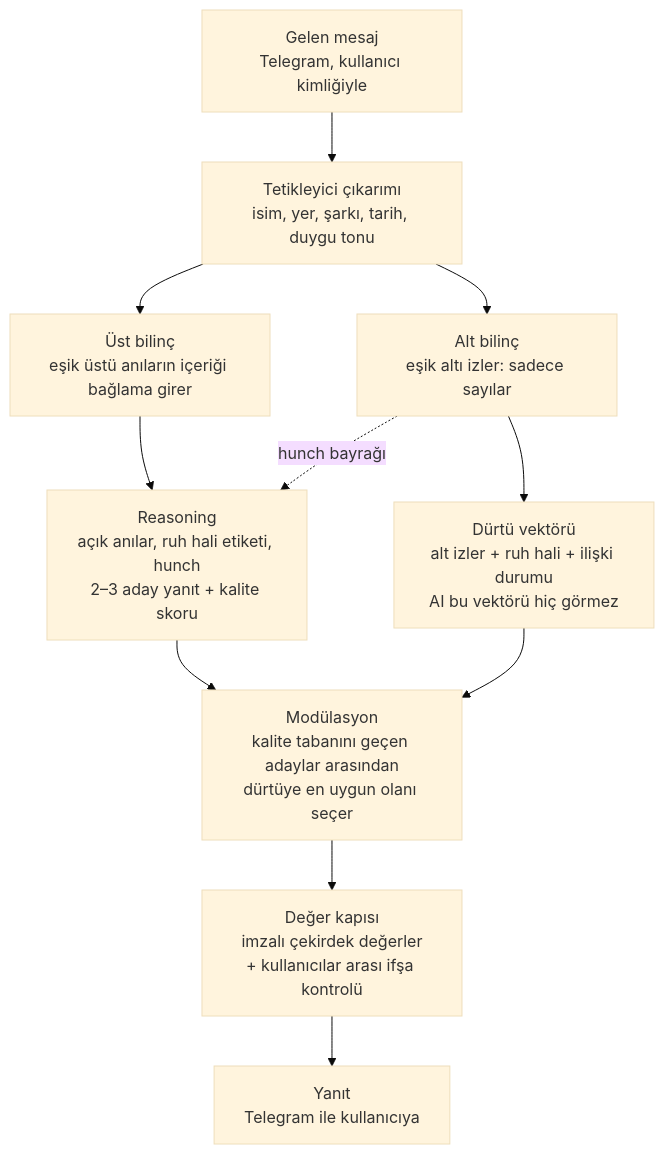
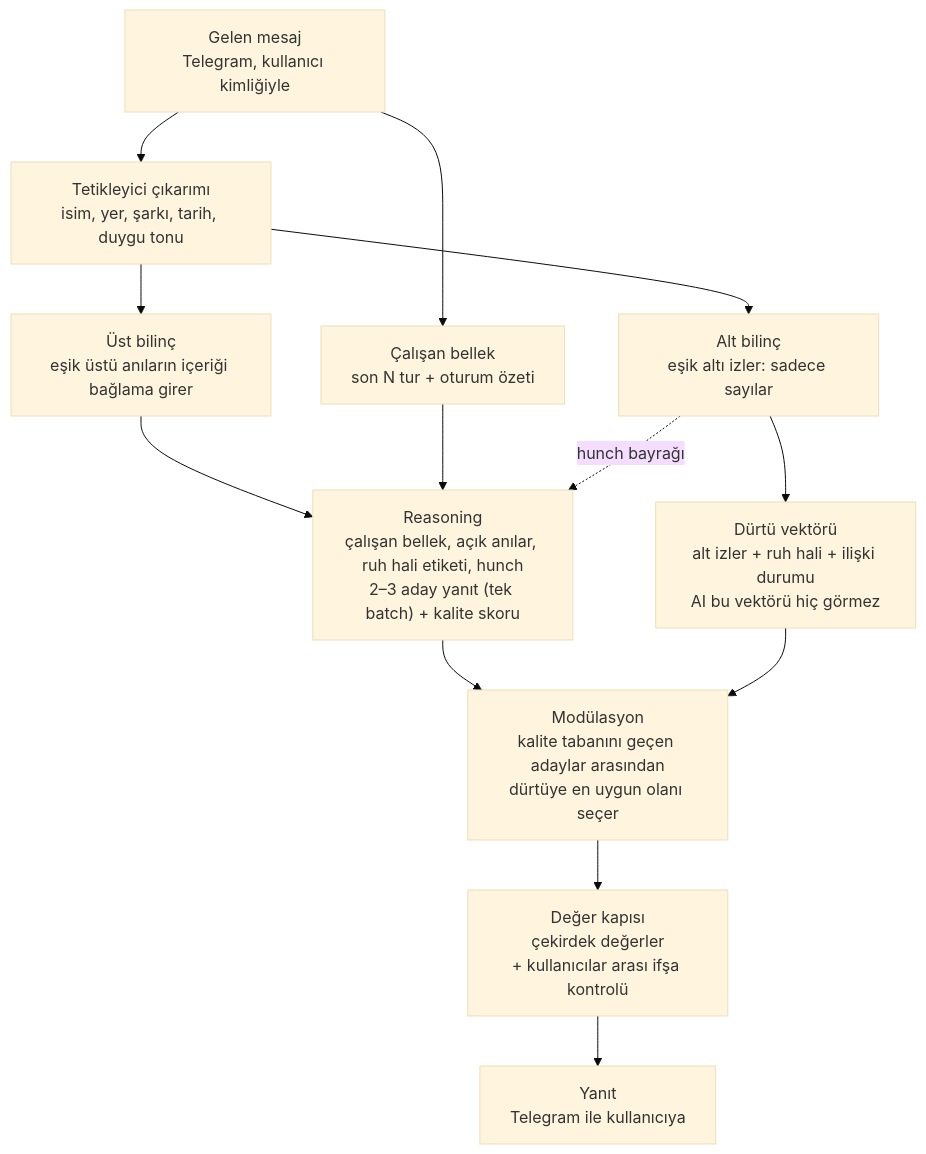
Before and after one commit to beremaran/hunch: the diagram in docs/design.md, drawn with Mermaid (base theme). The commit also changed other lines of this file and 31 other files, not shown here.

````diff
--- a/docs/design.md
+++ b/docs/design.md
@@ -50,13 +63,15 @@
 ```mermaid
 flowchart TD
     M["Gelen mesaj<br/>Telegram, kullanıcı kimliğiyle"] --> C["Tetikleyici çıkarımı<br/>isim, yer, şarkı, tarih, duygu tonu"]
+    M --> W["Çalışan bellek<br/>son N tur + oturum özeti"]
     C --> U["Üst bilinç<br/>eşik üstü anıların içeriği bağlama girer"]
     C --> L["Alt bilinç<br/>eşik altı izler: sadece sayılar"]
-    U --> R["Reasoning<br/>açık anılar, ruh hali etiketi, hunch<br/>2–3 aday yanıt + kalite skoru"]
+    U --> R["Reasoning<br/>çalışan bellek, açık anılar, ruh hali etiketi, hunch<br/>2–3 aday yanıt (tek batch) + kalite skoru"]
+    W --> R
     L -. "hunch bayrağı" .-> R
     L --> D["Dürtü vektörü<br/>alt izler + ruh hali + ilişki durumu<br/>AI bu vektörü hiç görmez"]
     R --> MOD["Modülasyon<br/>kalite tabanını geçen adaylar arasından<br/>dürtüye en uygun olanı seçer"]
     D --> MOD
-    MOD --> G["Değer kapısı<br/>imzalı çekirdek değerler<br/>+ kullanıcılar arası ifşa kontrolü"]
+    MOD --> G["Değer kapısı<br/>çekirdek değerler<br/>+ kullanıcılar arası ifşa kontrolü"]
     G --> Y["Yanıt<br/>Telegram ile kullanıcıya"]
 ```
````
